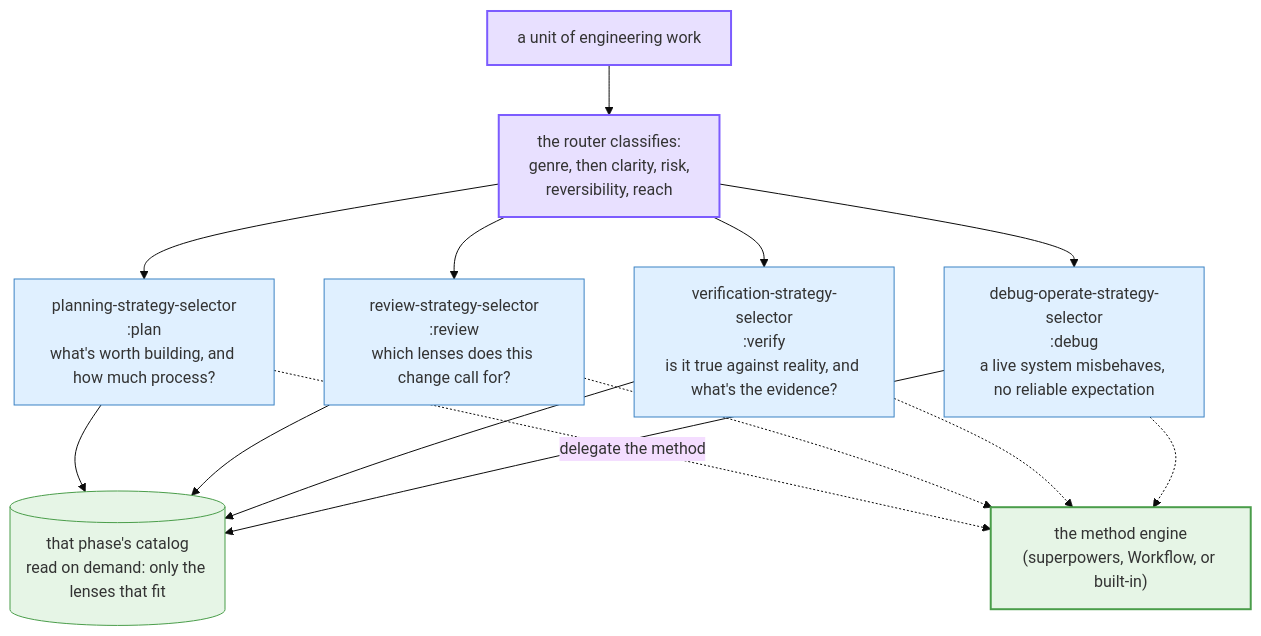
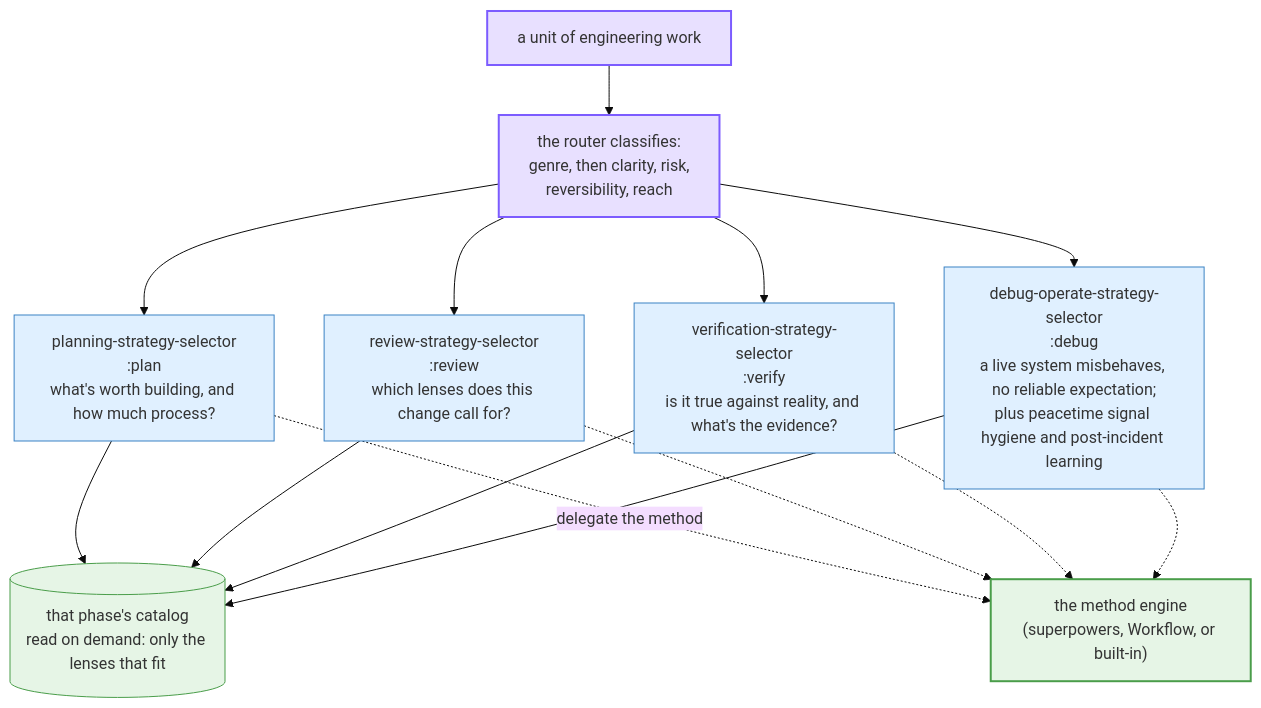
Before and after one commit to lucasfugisawa/deliberate-engineering: the first of 3 diagrams in docs/architecture-and-usage.md, drawn with Mermaid (base theme). The commit also changed other lines of this file and 1 other file, not shown here.

First paragraph of the commit message:
Disclose the one file the plugin edits, and finish the peacetime sweep
A review of the fold commits, which nobody had reviewed, found three defects
in this cycle's own adopter-facing work.

````diff
--- a/docs/architecture-and-usage.md
+++ b/docs/architecture-and-usage.md
@@ -20,34 +20,34 @@
 ```mermaid
 flowchart TD
     work["a unit of engineering work"]
     axes["the router classifies:<br/>genre, then clarity, risk,<br/>reversibility, reach"]
     plan["planning-strategy-selector<br/>:plan<br/>what's worth building, and how much process?"]
     review["review-strategy-selector<br/>:review<br/>which lenses does this change call for?"]
     verify["verification-strategy-selector<br/>:verify<br/>is it true against reality, and what's the evidence?"]
-    debug["debug-operate-strategy-selector<br/>:debug<br/>a live system misbehaves, no reliable expectation"]
+    debug["debug-operate-strategy-selector<br/>:debug<br/>a live system misbehaves, no reliable expectation;<br/>plus peacetime signal hygiene and post-incident learning"]
     catalog[("that phase's catalog<br/>read on demand: only the lenses that fit")]
     engine["the method engine<br/>(superpowers, Workflow, or built-in)"]
 
     work --> axes
     axes --> plan
     axes --> review
     axes --> verify
     axes --> debug
     plan --> catalog
     review --> catalog
     verify --> catalog
     debug --> catalog
     plan -.->|delegate the method| engine
     review -.-> engine
     verify -.-> engine
     debug -.-> engine
 
     classDef entry fill:#e8e0ff,stroke:#7c5cff,stroke-width:2px;
     classDef phase fill:#e0f0ff,stroke:#3b82c4,stroke-width:1px;
     classDef store fill:#e6f5e6,stroke:#4a9d4a,stroke-width:1px;
     classDef engine fill:#e6f5e6,stroke:#4a9d4a,stroke-width:2px;
     class work,axes entry
     class plan,review,verify,debug phase
     class catalog store
     class engine engine
 ```
````
